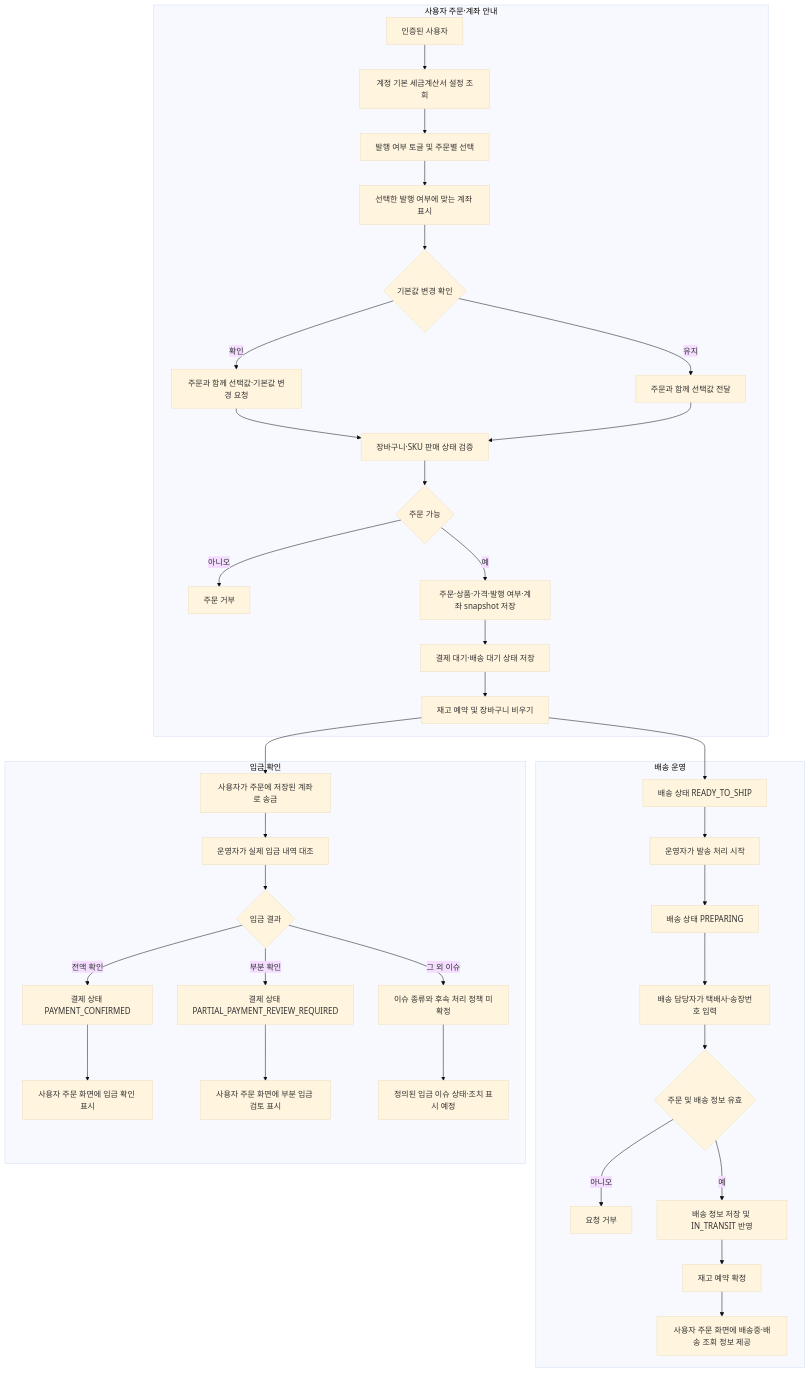
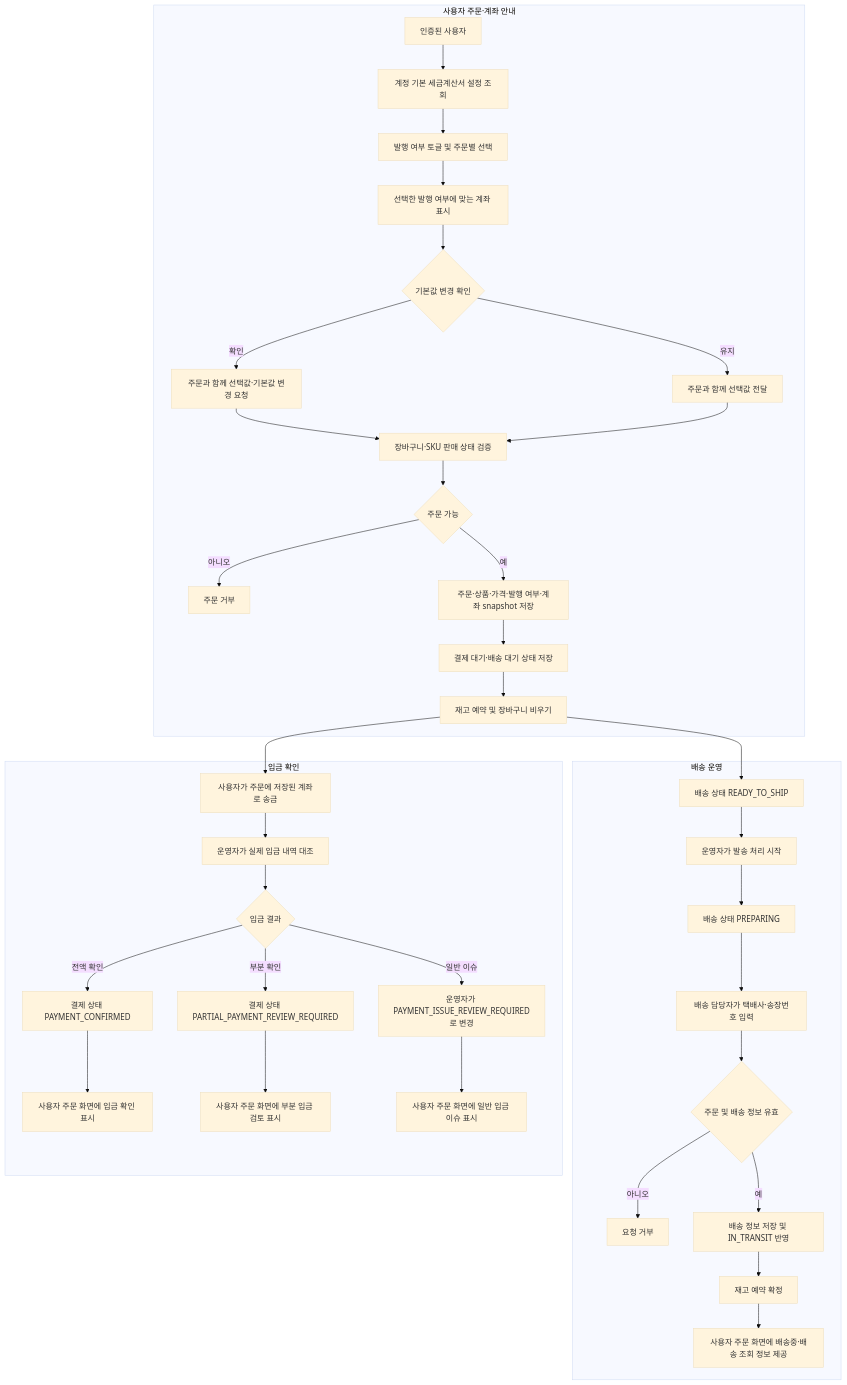
One commit to DongHyeonEom/umji-market-api changed the first of 2 diagrams in docs/services/order.md. Above: the diagram before and after it, drawn with Mermaid (base theme). The commit also changed other lines of this file and 8 other files, not shown here.

Commit message:
feat: add generic payment issue status

````diff
--- a/docs/services/order.md
+++ b/docs/services/order.md
@@ -11,42 +11,42 @@
 ```mermaid
 flowchart TD
     subgraph CHECKOUT[사용자 주문·계좌 안내]
         A[인증된 사용자] --> B[계정 기본 세금계산서 설정 조회]
         B --> C[발행 여부 토글 및 주문별 선택]
         C --> D[선택한 발행 여부에 맞는 계좌 표시]
         D --> E{기본값 변경 확인}
         E -- 확인 --> F[주문과 함께 선택값·기본값 변경 요청]
         E -- 유지 --> G[주문과 함께 선택값 전달]
         F --> H[장바구니·SKU 판매 상태 검증]
         G --> H
         H --> I{주문 가능}
         I -- 아니오 --> J[주문 거부]
         I -- 예 --> K[주문·상품·가격·발행 여부·계좌 snapshot 저장]
         K --> L[결제 대기·배송 대기 상태 저장]
         L --> M[재고 예약 및 장바구니 비우기]
     end
 
     subgraph SHIPPING[배송 운영]
         M --> N[배송 상태 READY_TO_SHIP]
         N --> O[운영자가 발송 처리 시작]
         O --> P[배송 상태 PREPARING]
         P --> Q[배송 담당자가 택배사·송장번호 입력]
         Q --> R{주문 및 배송 정보 유효}
         R -- 아니오 --> ERR[요청 거부]
         R -- 예 --> S[배송 정보 저장 및 IN_TRANSIT 반영]
         S --> T[재고 예약 확정]
         T --> U[사용자 주문 화면에 배송중·배송 조회 정보 제공]
     end
 
     subgraph PAYMENT[입금 확인]
         M --> PAY1[사용자가 주문에 저장된 계좌로 송금]
         PAY1 --> PAY2[운영자가 실제 입금 내역 대조]
         PAY2 --> PAY3{입금 결과}
         PAY3 -- 전액 확인 --> PAY4[결제 상태 PAYMENT_CONFIRMED]
         PAY3 -- 부분 확인 --> PAY5[결제 상태 PARTIAL_PAYMENT_REVIEW_REQUIRED]
-        PAY3 -- 그 외 이슈 --> PAY6[이슈 종류와 후속 처리 정책 미확정]
+        PAY3 -- 일반 이슈 --> PAY6[운영자가 PAYMENT_ISSUE_REVIEW_REQUIRED로 변경]
         PAY4 --> PAY7[사용자 주문 화면에 입금 확인 표시]
         PAY5 --> PAY8[사용자 주문 화면에 부분 입금 검토 표시]
-        PAY6 --> PAY9[정의된 입금 이슈 상태·조치 표시 예정]
+        PAY6 --> PAY9[사용자 주문 화면에 일반 입금 이슈 표시]
     end
 ```
````
